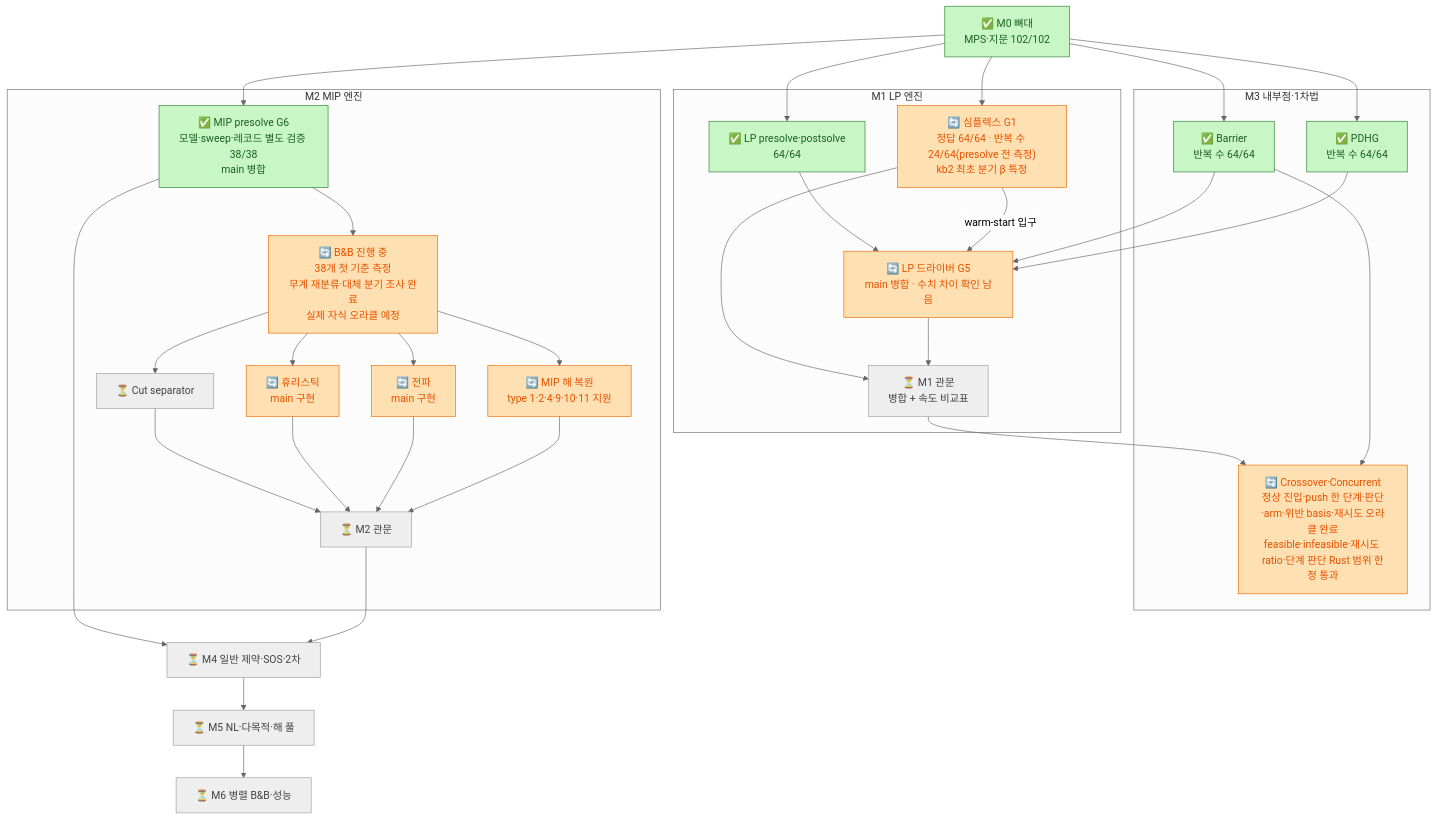
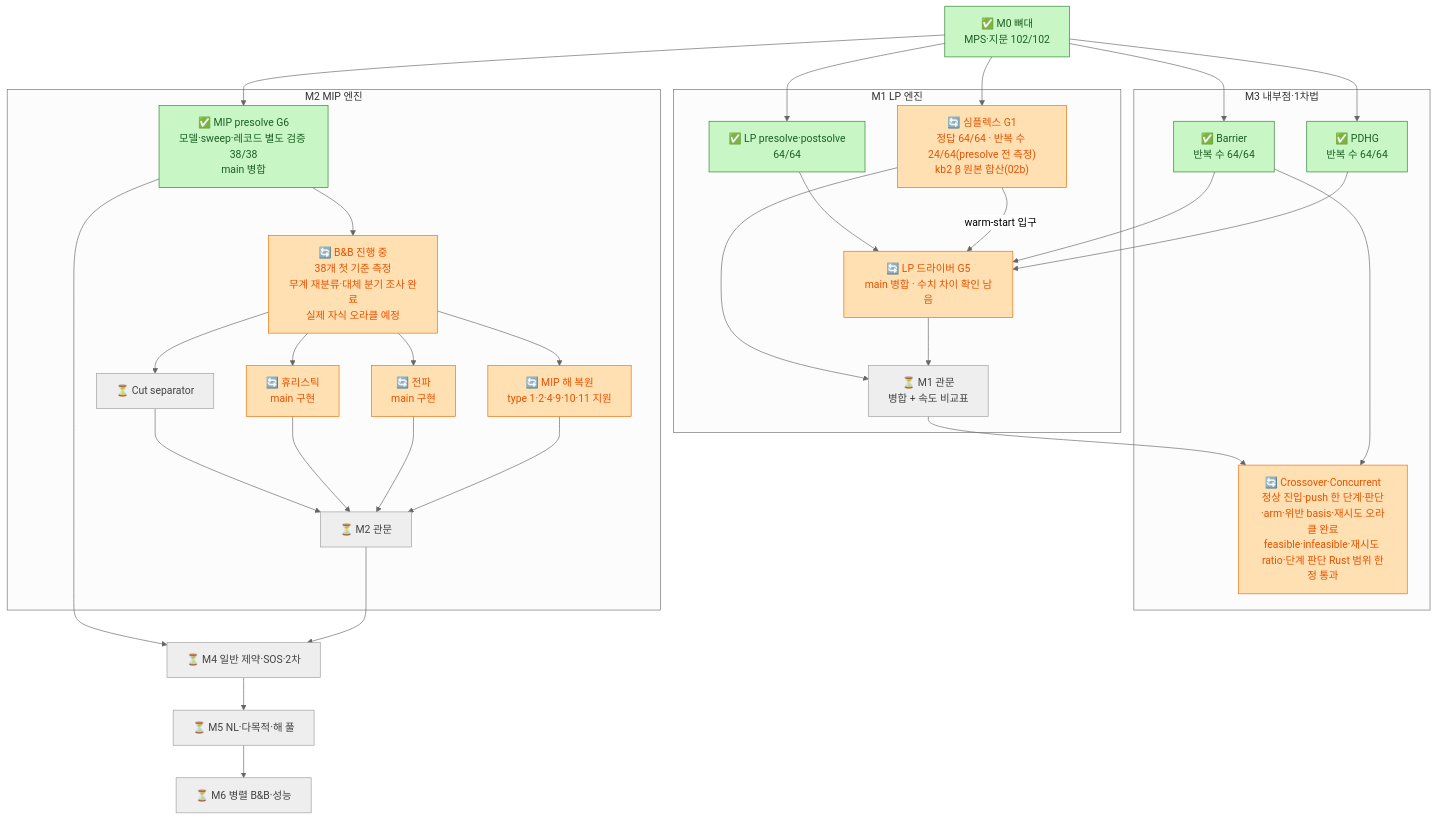
Before and after one commit to kjh278231/kerobi: the diagram in docs/12_roadmap_diagram.md, drawn with Mermaid (neutral theme). The commit also changed other lines of this file and 10 other files, not shown here.

````diff
--- a/docs/12_roadmap_diagram.md
+++ b/docs/12_roadmap_diagram.md
@@ -67,49 +69,49 @@
 ```mermaid
 flowchart TD
     classDef done fill:#c8f7c5,stroke:#2e7d32,color:#1b5e20
     classDef doing fill:#ffe0b2,stroke:#ef6c00,color:#e65100
     classDef pending fill:#bbdefb,stroke:#1565c0,color:#0d47a1
     classDef todo fill:#eeeeee,stroke:#9e9e9e,color:#424242
 
     M0["✅ M0 뼈대<br/>MPS·지문 102/102"]:::done
 
     subgraph M1["M1 LP 엔진"]
         PRE["✅ LP presolve·postsolve<br/>64/64"]:::done
-        SPX["🔄 심플렉스 G1<br/>정답 64/64 · 반복 수 24/64(presolve 전 측정)<br/>kb2 최초 분기 β 특정"]:::doing
+        SPX["🔄 심플렉스 G1<br/>정답 64/64 · 반복 수 24/64(presolve 전 측정)<br/>kb2 β 원본 합산(02b)"]:::doing
         DRV["🔄 LP 드라이버 G5<br/>main 병합 · 수치 차이 확인 남음"]:::doing
         GATE1["⏳ M1 관문<br/>병합 + 속도 비교표"]:::todo
     end
 
     subgraph M3["M3 내부점·1차법"]
         BAR["✅ Barrier<br/>반복 수 64/64"]:::done
         PDHG["✅ PDHG<br/>반복 수 64/64"]:::done
         XO["🔄 Crossover·Concurrent<br/>정상 진입·push 한 단계·판단·arm·위반 basis·재시도 오라클 완료<br/>feasible·infeasible·재시도 ratio·단계 판단 Rust 범위 한정 통과"]:::doing
     end
 
     subgraph M2["M2 MIP 엔진"]
         MPRE["✅ MIP presolve G6<br/>모델·sweep·레코드 별도 검증 38/38<br/>main 병합"]:::done
         BNB["🔄 B&B 진행 중<br/>38개 첫 기준 측정<br/>무계 재분류·대체 분기 조사 완료<br/>실제 자식 오라클 예정"]:::doing
         CUT["⏳ Cut separator"]:::todo
         HEU["🔄 휴리스틱<br/>main 구현"]:::doing
         PROP["🔄 전파<br/>main 구현"]:::doing
         POST["🔄 MIP 해 복원<br/>type 1·2·4·9·10·11 지원"]:::doing
         GATE2["⏳ M2 관문"]:::todo
     end
 
     M4["⏳ M4 일반 제약·SOS·2차"]:::todo
     M5["⏳ M5 NL·다목적·해 풀"]:::todo
     M6["⏳ M6 병렬 B&B·성능"]:::todo
 
     M0 --> PRE & SPX & BAR & PDHG & MPRE
     PRE --> DRV
     BAR & PDHG --> DRV
     SPX -- "warm-start 입구" --> DRV
     SPX & DRV --> GATE1
     GATE1 --> XO
     BAR --> XO
     MPRE --> BNB
     BNB --> CUT & HEU & PROP & POST
     CUT & HEU & PROP & POST --> GATE2
     MPRE --> M4
     GATE2 --> M4 --> M5 --> M6
 ```
````
